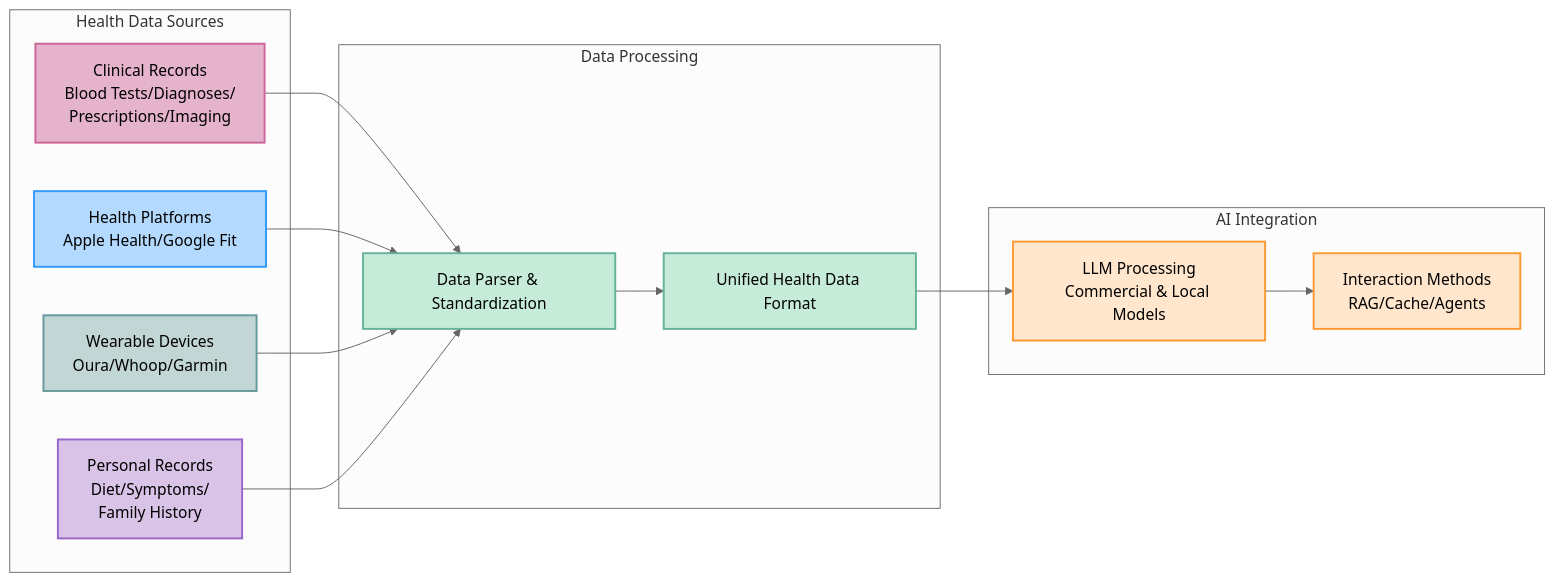
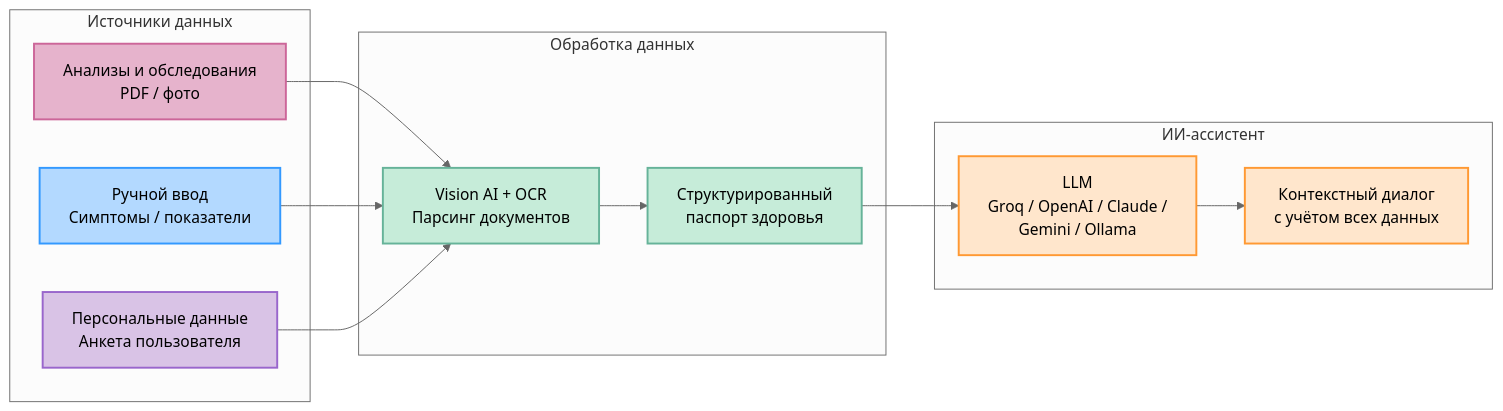
One commit to guard22/health-assistant changed the diagram in README.md. Above: the diagram before and after it, drawn with Mermaid (neutral theme). The commit also changed other lines of this file, not shown here.

Commit message:
README: полное описание проекта на русском с привязкой к ТЗ Health Buddy

````diff
--- a/README.md
+++ b/README.md
@@ -78,37 +101,31 @@
 ```mermaid
 graph LR
-    subgraph Health Data Sources
-        A1[Clinical Records<br>Blood Tests/Diagnoses/<br>Prescriptions/Imaging]
-        A2[Health Platforms<br>Apple Health/Google Fit]
-        A3[Wearable Devices<br>Oura/Whoop/Garmin]
-        A4[Personal Records<br>Diet/Symptoms/<br>Family History]
+    subgraph Источники данных
+        A1[Анализы и обследования<br>PDF / фото]
+        A2[Ручной ввод<br>Симптомы / показатели]
+        A3[Персональные данные<br>Анкета пользователя]
     end
 
-    subgraph Data Processing
-        B1[Data Parser & Standardization]
-        B2[Unified Health Data Format]
+    subgraph Обработка данных
+        B1[Vision AI + OCR<br>Парсинг документов]
+        B2[Структурированный<br>паспорт здоровья]
     end
 
-    subgraph AI Integration
-        C1[LLM Processing<br>Commercial & Local Models]
-        C2[Interaction Methods<br>RAG/Cache/Agents]
+    subgraph ИИ-ассистент
+        C1[LLM<br>Groq / OpenAI / Claude /<br>Gemini / Ollama]
+        C2[Контекстный диалог<br>с учётом всех данных]
     end
 
-    A1 & A2 & A3 & A4 --> B1
+    A1 & A2 & A3 --> B1
     B1 --> B2
     B2 --> C1
     C1 --> C2
 
     style A1 fill:#e6b3cc,stroke:#cc6699,stroke-width:2px,color:#000
     style A2 fill:#b3d9ff,stroke:#3399ff,stroke-width:2px,color:#000
-    style A3 fill:#c2d6d6,stroke:#669999,stroke-width:2px,color:#000
-    style A4 fill:#d9c3e6,stroke:#9966cc,stroke-width:2px,color:#000
-    
+    style A3 fill:#d9c3e6,stroke:#9966cc,stroke-width:2px,color:#000
     style B1 fill:#c6ecd9,stroke:#66b399,stroke-width:2px,color:#000
     style B2 fill:#c6ecd9,stroke:#66b399,stroke-width:2px,color:#000
-    
     style C1 fill:#ffe6cc,stroke:#ff9933,stroke-width:2px,color:#000
     style C2 fill:#ffe6cc,stroke:#ff9933,stroke-width:2px,color:#000
-
-    classDef default color:#000
 ```
````
